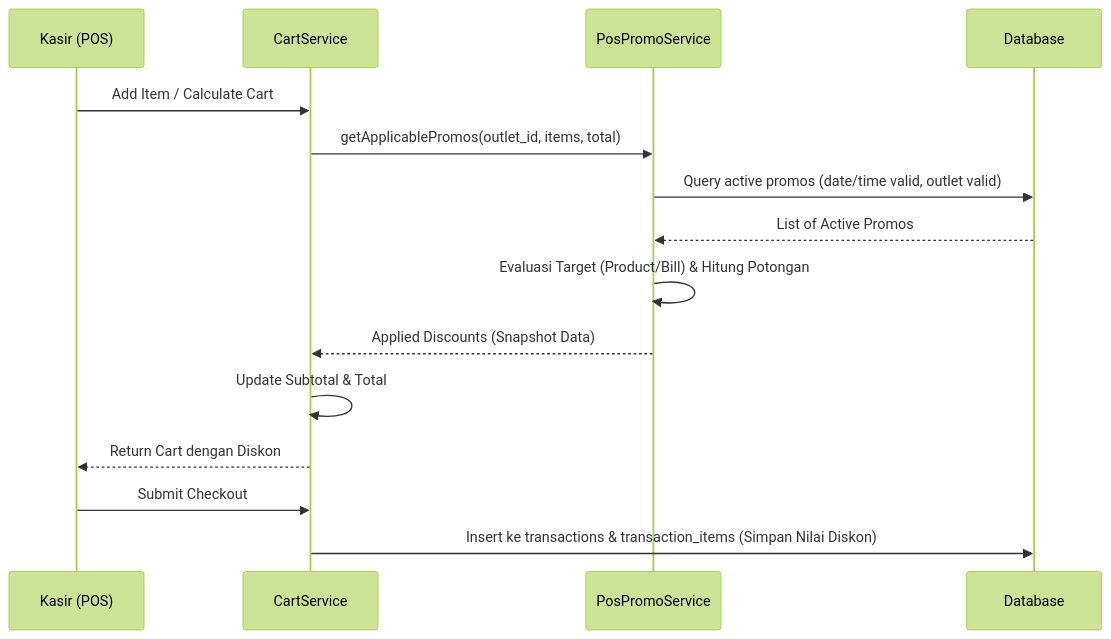
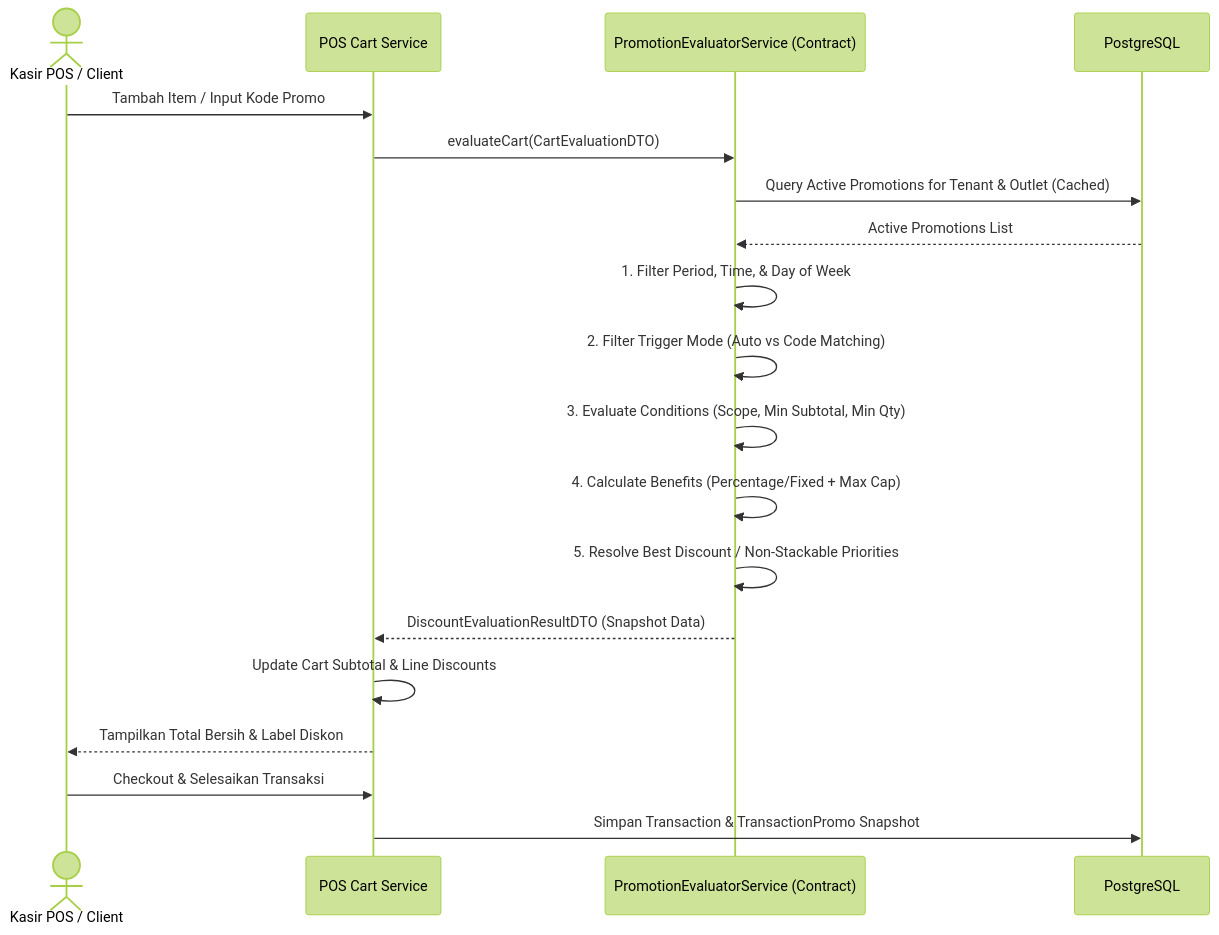
Before and after one commit to whykrr/sollu-app: the third of 4 diagrams in prd/PRD Promo V1.md, drawn with Mermaid (forest theme). The commit also changed other lines of this file and 57 other files, not shown here.

````diff
--- a/prd/PRD Promo V1.md
+++ b/prd/PRD Promo V1.md
@@ -122,18 +163,26 @@
 ```mermaid
 sequenceDiagram
-    participant Kasir as Kasir (POS)
-    participant Cart as CartService
-    participant PromoEng as PosPromoService
-    participant DB as Database
+    actor Cashier as Kasir POS / Client
+    participant PosCart as POS Cart Service
+    participant Engine as PromotionEvaluatorService (Contract)
+    participant DB as PostgreSQL
 
-    Kasir->>Cart: Add Item / Calculate Cart
-    Cart->>PromoEng: getApplicablePromos(outlet_id, items, total)
-    PromoEng->>DB: Query active promos (date/time valid, outlet valid)
-    DB-->>PromoEng: List of Active Promos
-    PromoEng->>PromoEng: Evaluasi Target (Product/Bill) & Hitung Potongan
-    PromoEng-->>Cart: Applied Discounts (Snapshot Data)
-    Cart->>Cart: Update Subtotal & Total
-    Cart-->>Kasir: Return Cart dengan Diskon
-    Kasir->>Cart: Submit Checkout
-    Cart->>DB: Insert ke transactions & transaction_items (Simpan Nilai Diskon)
+    Cashier->>PosCart: Tambah Item / Input Kode Promo
+    PosCart->>Engine: evaluateCart(CartEvaluationDTO)
+
+    Engine->>DB: Query Active Promotions for Tenant & Outlet (Cached)
+    DB-->>Engine: Active Promotions List
+
+    Engine->>Engine: 1. Filter Period, Time, & Day of Week
+    Engine->>Engine: 2. Filter Trigger Mode (Auto vs Code Matching)
+    Engine->>Engine: 3. Evaluate Conditions (Scope, Min Subtotal, Min Qty)
+    Engine->>Engine: 4. Calculate Benefits (Percentage/Fixed + Max Cap)
+    Engine->>Engine: 5. Resolve Best Discount / Non-Stackable Priorities
+
+    Engine-->>PosCart: DiscountEvaluationResultDTO (Snapshot Data)
+    PosCart->>PosCart: Update Cart Subtotal & Line Discounts
+    PosCart-->>Cashier: Tampilkan Total Bersih & Label Diskon
+
+    Cashier->>PosCart: Checkout & Selesaikan Transaksi
+    PosCart->>DB: Simpan Transaction & TransactionPromo Snapshot
 ```
````
